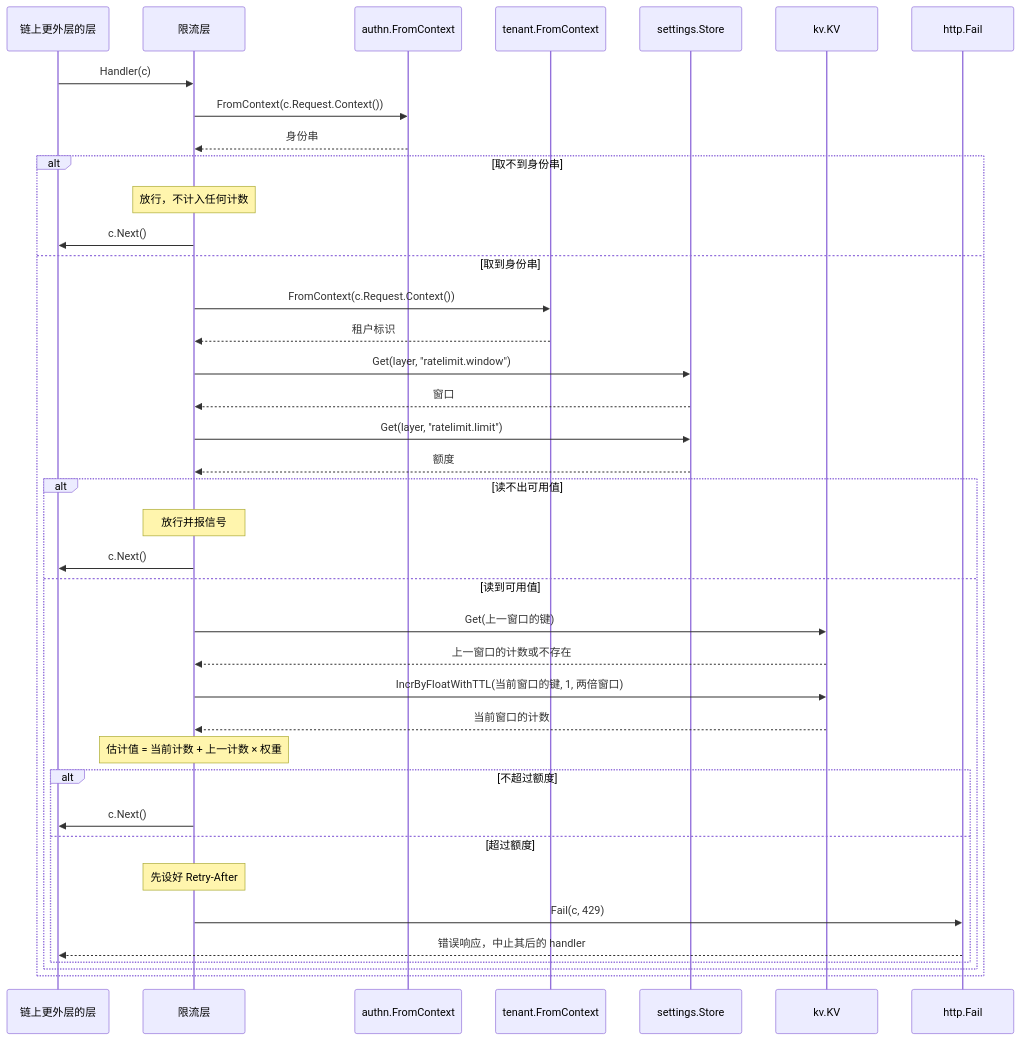
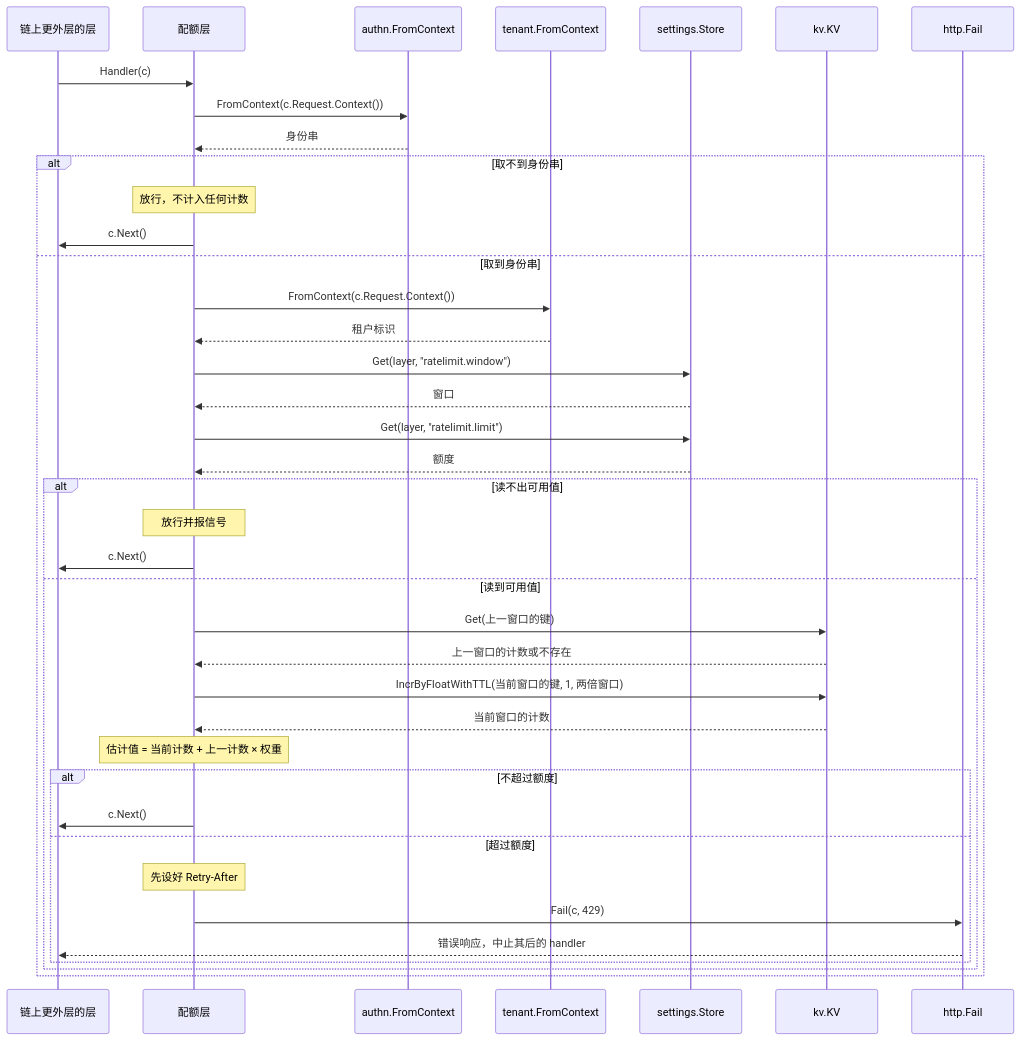
The first of 2 diagrams in docs/design/modules/design-ratelimit.md (wangzw/speed), drawn with Mermaid before and after one commit. The commit also changed other lines of this file and 6 other files, not shown here.

````diff
--- a/docs/design/modules/design-ratelimit.md
+++ b/docs/design/modules/design-ratelimit.md
@@ -150,42 +171,42 @@
 ```mermaid
 sequenceDiagram
     participant C as 链上更外层的层
-    participant R as 限流层
+    participant R as 配额层
     participant A as authn.FromContext
     participant T as tenant.FromContext
     participant S as settings.Store
     participant K as kv.KV
     participant F as http.Fail
 
     C->>R: Handler(c)
     R->>A: FromContext(c.Request.Context())
     A-->>R: 身份串
     alt 取不到身份串
         Note over R: 放行，不计入任何计数
         R->>C: c.Next()
     else 取到身份串
         R->>T: FromContext(c.Request.Context())
         T-->>R: 租户标识
         R->>S: Get(layer, "ratelimit.window")
         S-->>R: 窗口
         R->>S: Get(layer, "ratelimit.limit")
         S-->>R: 额度
         alt 读不出可用值
             Note over R: 放行并报信号
             R->>C: c.Next()
         else 读到可用值
             R->>K: Get(上一窗口的键)
             K-->>R: 上一窗口的计数或不存在
             R->>K: IncrByFloatWithTTL(当前窗口的键, 1, 两倍窗口)
             K-->>R: 当前窗口的计数
             Note over R: 估计值 = 当前计数 + 上一计数 × 权重
             alt 不超过额度
                 R->>C: c.Next()
             else 超过额度
                 Note over R: 先设好 Retry-After
                 R->>F: Fail(c, 429)
                 F-->>C: 错误响应，中止其后的 handler
             end
         end
     end
 ```
````
